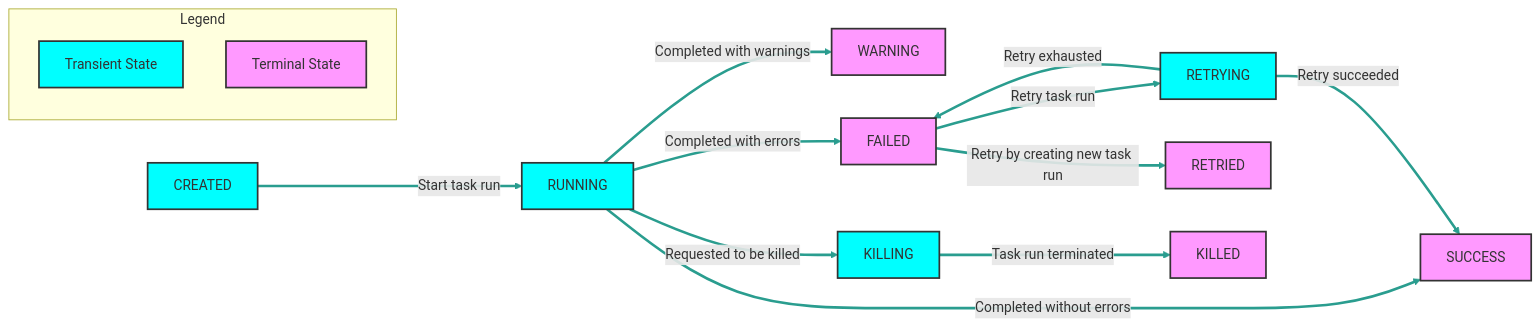
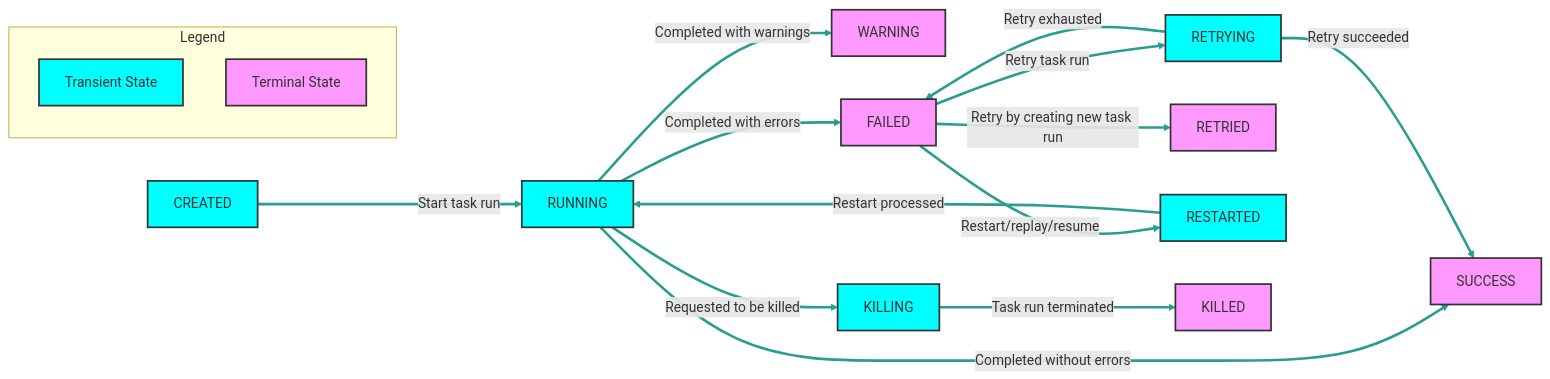
One commit to kestra-io/docs changed the second of 2 diagrams in src/contents/docs/05.workflow-components/17.states/index.md. Above: the diagram before and after it, drawn with Mermaid. The commit also changed other lines of this file, not shown here.

Commit message:
fix: update task run states diagram

````diff
--- a/src/contents/docs/05.workflow-components/17.states/index.md
+++ b/src/contents/docs/05.workflow-components/17.states/index.md
@@ -109,27 +109,29 @@
 ```mermaid
 graph LR;
     classDef transient fill:#0ff,stroke:#333,stroke-width:2px;
     classDef terminal fill:#f9f,stroke:#333,stroke-width:2px;
 
     subgraph Legend
         direction TB
         L1[Transient State]:::transient
         L2[Terminal State]:::terminal
     end
 
     A[CREATED] -->| Start task run | B[RUNNING]
     B -->| Completed without errors | C[SUCCESS]
     B -->| Completed with warnings | D[WARNING]
     B -->| Completed with errors | E[FAILED]
     E -->| Retry task run | F[RETRYING]
     F -->| Retry succeeded | C[SUCCESS]
     F -->| Retry exhausted | E[FAILED]
     E -->| Retry by creating new task run | G[RETRIED]
-    B -->| Requested to be killed | H[KILLING]
-    H -->| Task run terminated | I[KILLED]
+    E -->| Restart/replay/resume | H[RESTARTED]
+    H -->| Restart processed | B[RUNNING]
+    B -->| Requested to be killed | I[KILLING]
+    I -->| Task run terminated | J[KILLED]
 
-    class A,B,F,H transient;
-    class C,D,E,G,I terminal;
+    class A,B,F,H,I transient;
+    class C,D,E,G,J terminal;
 
-    linkStyle 0,1,2,3,4,5,6,7,8,9 stroke:#2a9d8f, stroke-width:3px;
+    linkStyle 0,1,2,3,4,5,6,7,8,9,10,11 stroke:#2a9d8f, stroke-width:3px;
 ```
````
